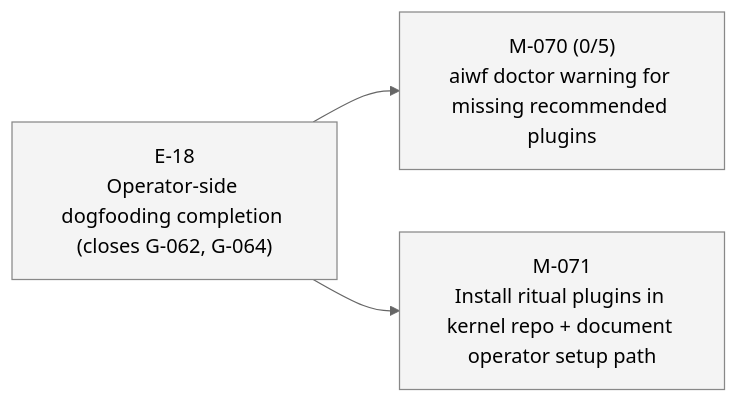
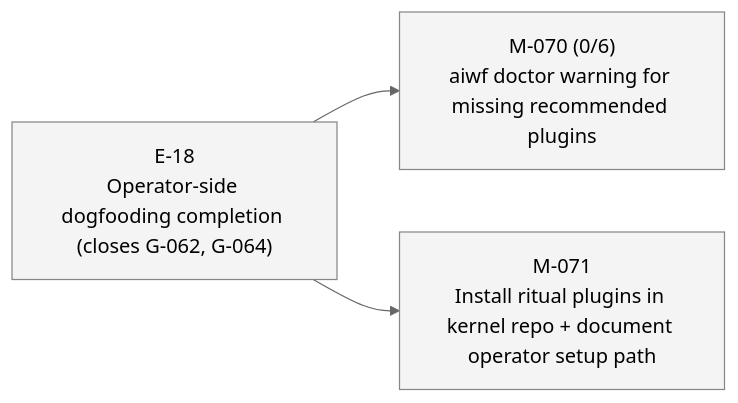
One commit to 23min/aiwf changed the fourth of 4 diagrams in STATUS.md. Above: the diagram before and after it, drawn with Mermaid (neutral theme). The commit also changed other lines of this file and 1 other file, not shown here.

First line of the commit message:
aiwf add ac M-070/AC-6 "Plugins installed only for other scopes produce a finding"

````diff
--- a/STATUS.md
+++ b/STATUS.md
@@ -80,14 +80,14 @@
 ```mermaid
 flowchart LR
   E_18["E-18<br/>Operator-side dogfooding completion (closes G-062, G-064)"]:::epic_proposed
-  M_070["M-070 (0/5)<br/>aiwf doctor warning for missing recommended plugins"]:::ms_draft
+  M_070["M-070 (0/6)<br/>aiwf doctor warning for missing recommended plugins"]:::ms_draft
   E_18 --> M_070
   M_071["M-071<br/>Install ritual plugins in kernel repo + document operator setup path"]:::ms_draft
   E_18 --> M_071
   classDef epic_active fill:#d6eaff,stroke:#1a73e8,color:#000
   classDef epic_proposed fill:#f4f4f4,stroke:#888,color:#000
   classDef ms_done fill:#d8f5d8,stroke:#2a8a2a,color:#000
   classDef ms_in_progress fill:#fff3c4,stroke:#caa400,color:#000
   classDef ms_draft fill:#f4f4f4,stroke:#888,color:#000
   classDef ms_cancelled fill:#fbeaea,stroke:#c33,color:#000
 ```
````
